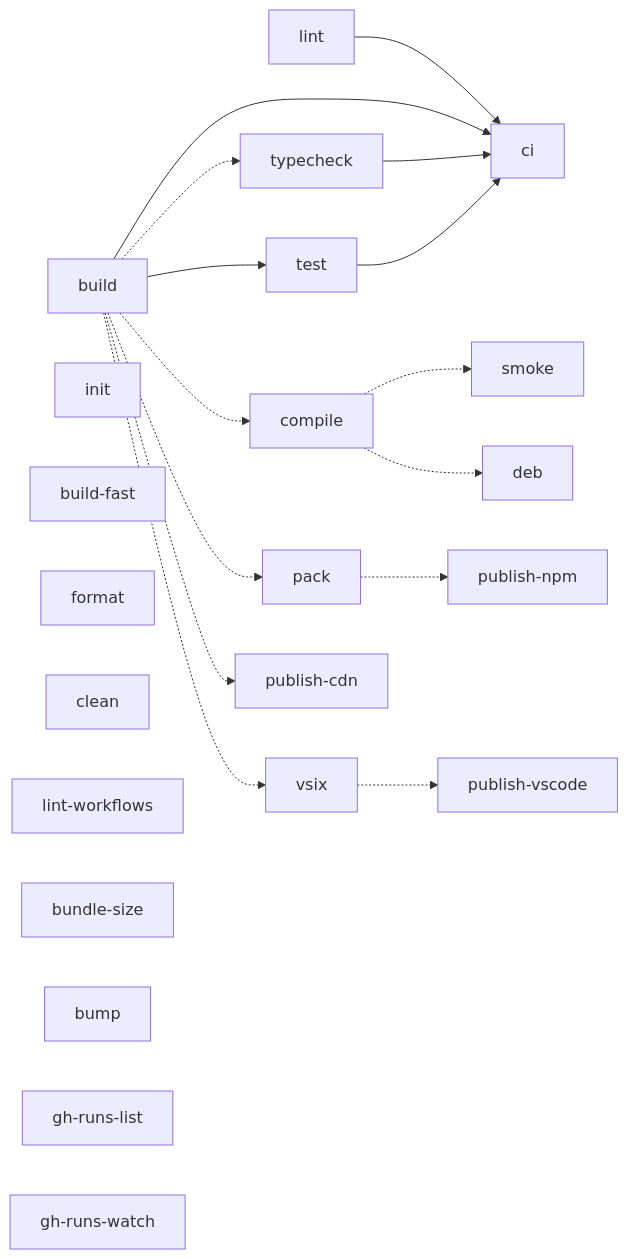
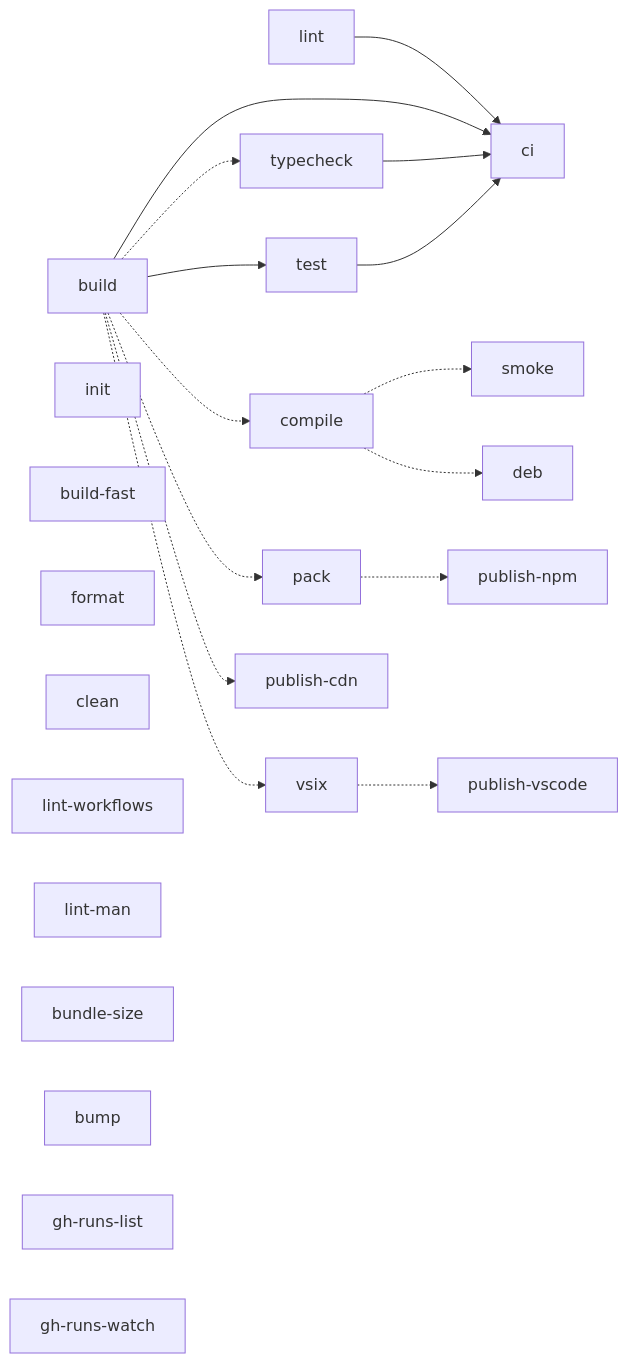
The diagram in Makefile.md (lolay/nowline), drawn with Mermaid before and after one commit. The commit also changed other lines of this file and 8 other files, not shown here.

````diff
--- a/Makefile.md
+++ b/Makefile.md
@@ -12,34 +12,35 @@
 ```mermaid
 graph LR
     %% solid = hard prerequisite (make runs the left target first)
     build --> test
     lint --> ci
     build --> ci
     typecheck --> ci
     test --> ci
 
     %% dotted = consumes the left target's output but is not a hard make
     %% prerequisite: typecheck is ordered after build inside ci instead, and
     %% the release artifacts come from a separate CI job (see "Why publish-*
     %% don't hard-depend on build" below)
     build -.-> typecheck
     build -.-> compile
     compile -.-> smoke
     compile -.-> deb
     build -.-> pack
     build -.-> vsix
     pack -.-> publish_npm["publish-npm"]
     vsix -.-> publish_vscode["publish-vscode"]
     build -.-> publish_cdn["publish-cdn"]
 
     %% standalone
     init
     build_fast["build-fast"]
     format
     clean
     lint_workflows["lint-workflows"]
+    lint_man["lint-man"]
     bundle_size["bundle-size"]
     bump
     gh_runs_list["gh-runs-list"]
     gh_runs_watch["gh-runs-watch"]
 ```
````
